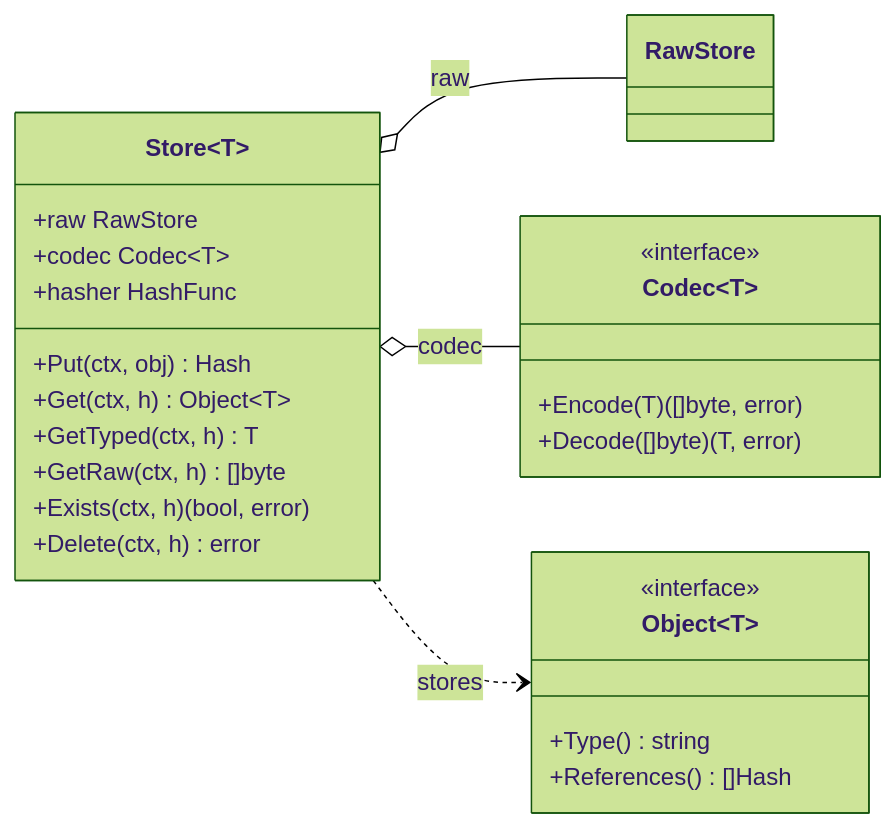
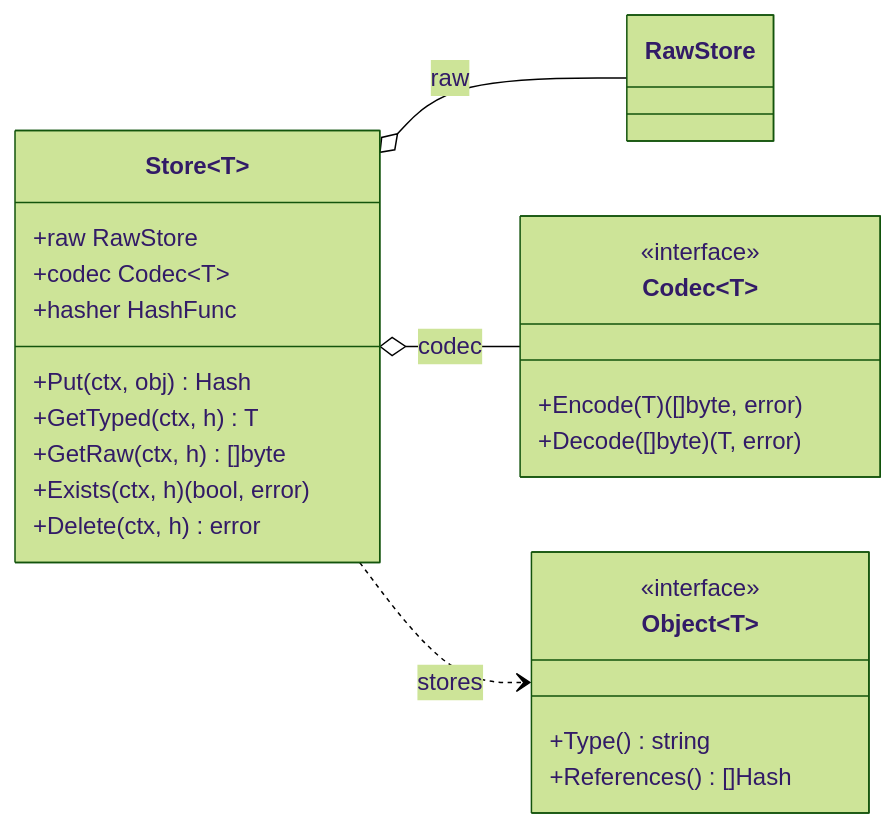
One commit to dmundt/go-cask changed the second of 5 diagrams in .github/instructions/cas-core.instructions.md. Above: the diagram before and after it, drawn with Mermaid (forest theme). The commit also changed other lines of this file and 17 other files, not shown here.

````diff
--- a/.github/instructions/cas-core.instructions.md
+++ b/.github/instructions/cas-core.instructions.md
@@ -204,28 +207,27 @@
 ```mermaid
 classDiagram
     direction LR
     class Object~T~ {
         <<interface>>
         +Type() string
         +References() []Hash
     }
     class Codec~T~ {
         <<interface>>
         +Encode(T) ([]byte, error)
         +Decode([]byte) (T, error)
     }
     class Store~T~ {
         +raw RawStore
         +codec Codec~T~
         +hasher HashFunc
         +Put(ctx, obj) Hash
-        +Get(ctx, h) Object~T~
         +GetTyped(ctx, h) T
         +GetRaw(ctx, h) []byte
         +Exists(ctx, h) (bool, error)
         +Delete(ctx, h) error
     }
     Store~T~ o-- RawStore : raw
     Store~T~ o-- Codec~T~ : codec
     Store~T~ ..> Object~T~ : stores
 ```
````
